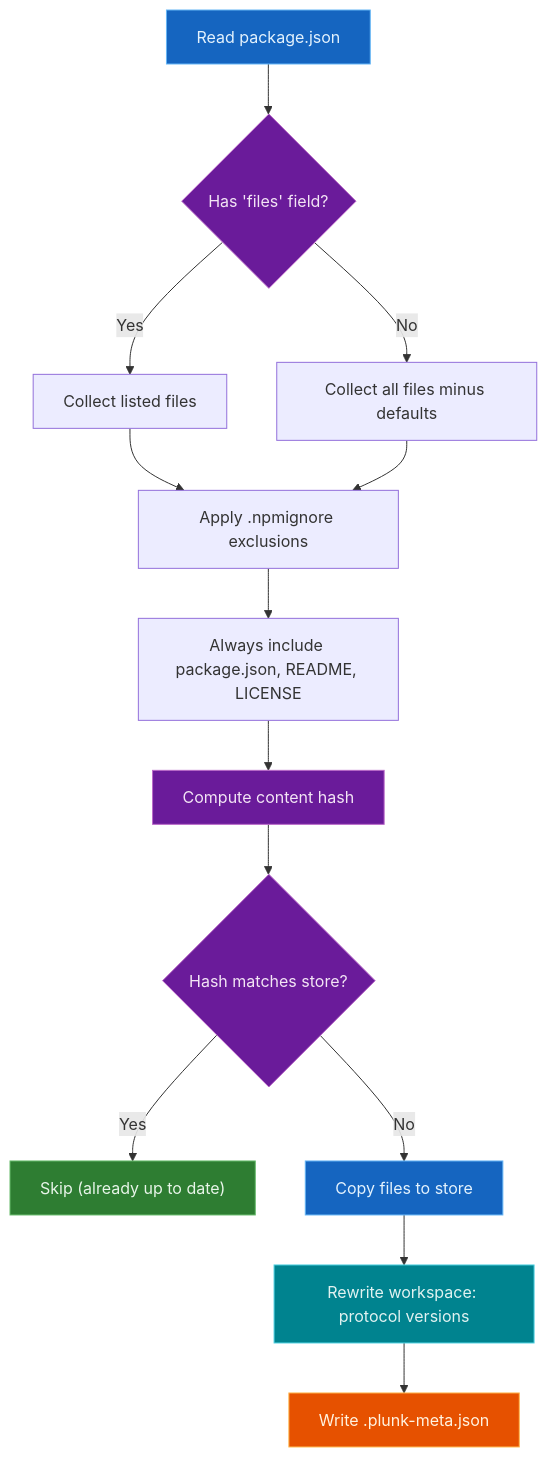
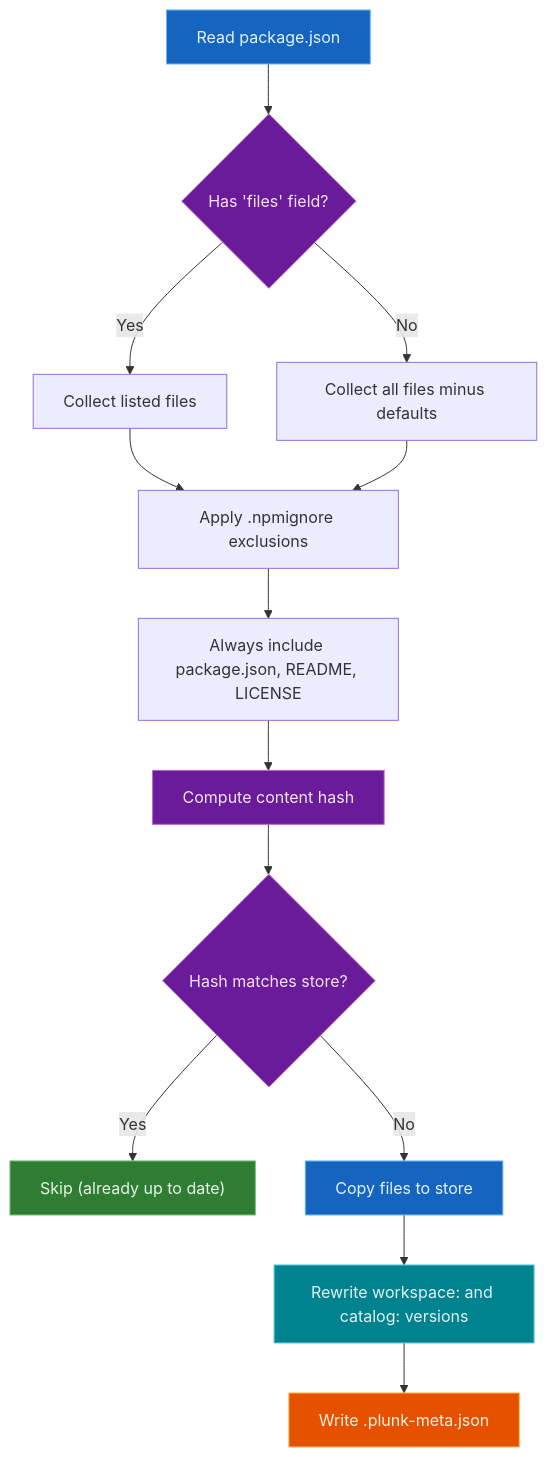
One commit to oleg-kuibar/plunk changed the second of 5 diagrams in docs/how-it-works.md. Above: the diagram before and after it, drawn with Mermaid. The commit also changed other lines of this file and 6 other files, not shown here.

First line of the commit message:
docs: fix outdated examples, add missing flags, new architecture and API pages

````diff
--- a/docs/how-it-works.md
+++ b/docs/how-it-works.md
@@ -73,24 +75,24 @@
 ```mermaid
 flowchart TD
     A[Read package.json] --> B{Has 'files' field?}
     B -- Yes --> C[Collect listed files]
     B -- No --> D[Collect all files minus defaults]
     C --> E[Apply .npmignore exclusions]
     D --> E
     E --> F[Always include package.json, README, LICENSE]
     F --> G[Compute content hash]
     G --> H{Hash matches store?}
     H -- Yes --> I["Skip (already up to date)"]
     H -- No --> J[Copy files to store]
-    J --> K[Rewrite workspace: protocol versions]
+    J --> K[Rewrite workspace: and catalog: versions]
     K --> L[Write .plunk-meta.json]
 
     style A fill:#1565c0,stroke:#64b5f6,color:#e3f2fd
     style B fill:#6a1b9a,stroke:#ba68c8,color:#f3e5f5
     style G fill:#6a1b9a,stroke:#ba68c8,color:#f3e5f5
     style H fill:#6a1b9a,stroke:#ba68c8,color:#f3e5f5
     style I fill:#2e7d32,stroke:#66bb6a,color:#e8f5e9
     style J fill:#1565c0,stroke:#64b5f6,color:#e3f2fd
     style K fill:#00838f,stroke:#4dd0e1,color:#e0f2f1
     style L fill:#e65100,stroke:#ffb74d,color:#fff3e0
 ```
````
